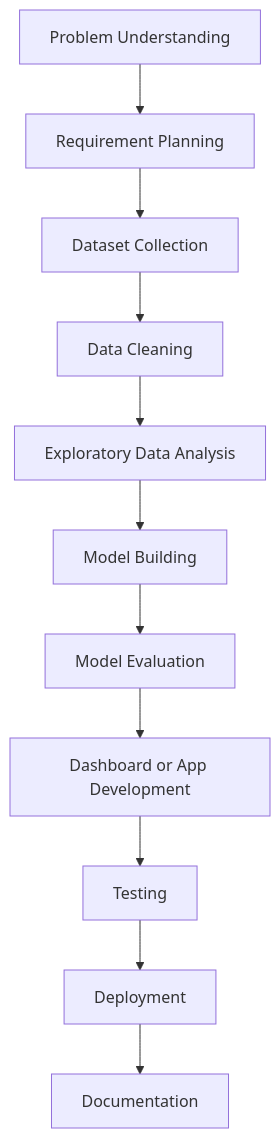
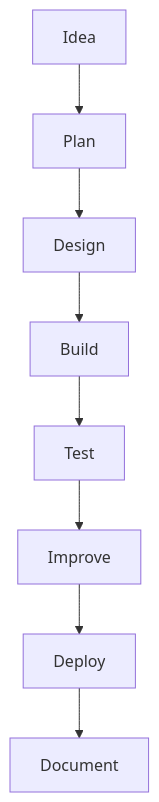
The second of 2 diagrams in README.md (Shubham-Ut/Shubham-Ut), drawn with Mermaid before and after one commit. The commit also changed other lines of this file, not shown here.

````diff
--- a/README.md
+++ b/README.md
@@ -485,13 +180,10 @@
 ```mermaid
 flowchart TD
-A[Problem Understanding] --> B[Requirement Planning]
-B --> C[Dataset Collection]
-C --> D[Data Cleaning]
-D --> E[Exploratory Data Analysis]
-E --> F[Model Building]
-F --> G[Model Evaluation]
-G --> H[Dashboard or App Development]
-H --> I[Testing]
-I --> J[Deployment]
-J --> K[Documentation]
+A[Idea] --> B[Plan]
+B --> C[Design]
+C --> D[Build]
+D --> E[Test]
+E --> F[Improve]
+F --> G[Deploy]
+G --> H[Document]
 ```
````
